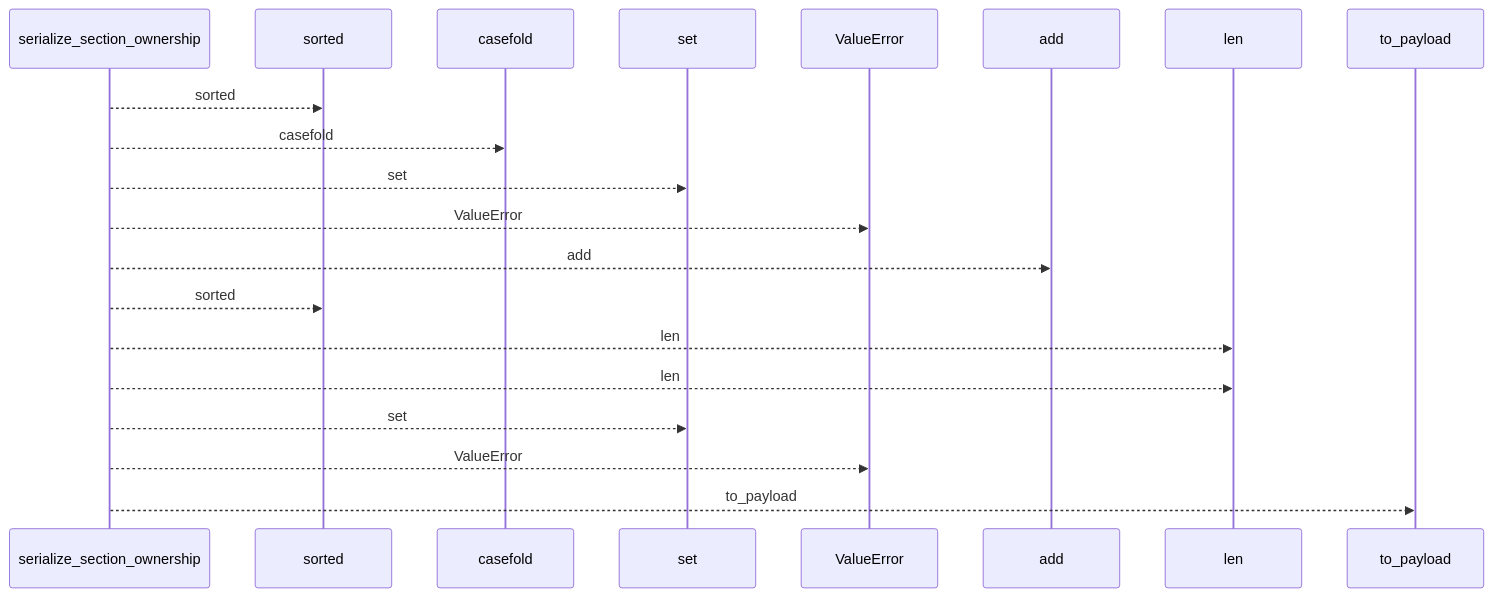
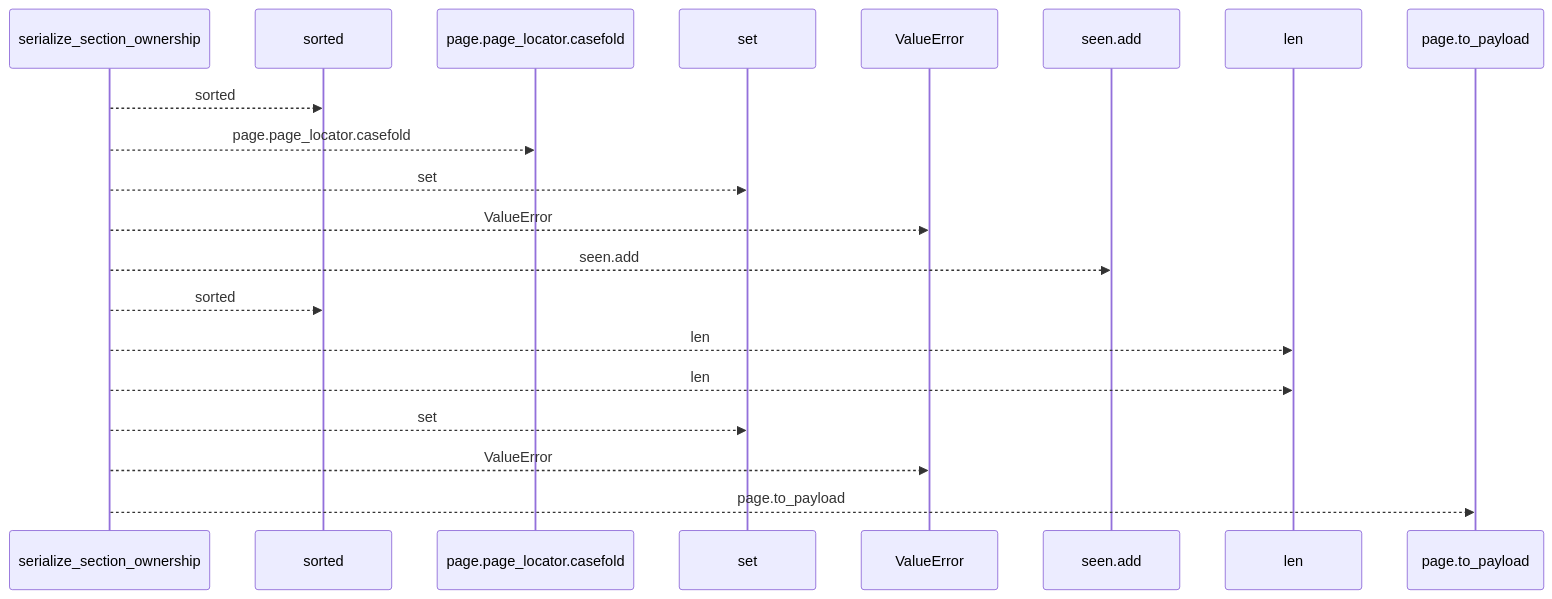
Before and after one commit to Denissvgn/python-wiki-llm: the first of 2 diagrams in docs/llm_wiki/flows/api-serialize_section_ownership.md, drawn with Mermaid. The commit also changed other lines of this file and 719 other files, not shown here.

````diff
--- a/docs/llm_wiki/flows/api-serialize_section_ownership.md
+++ b/docs/llm_wiki/flows/api-serialize_section_ownership.md
@@ -10,22 +10,22 @@
 ```mermaid
 sequenceDiagram
     participant p0 as serialize_section_ownership
     participant p1 as sorted
-    participant p2 as casefold
+    participant p2 as page.page_locator.casefold
     participant p3 as set
     participant p4 as ValueError
-    participant p5 as add
+    participant p5 as seen.add
     participant p6 as len
-    participant p7 as to_payload
+    participant p7 as page.to_payload
     p0-->>p1: sorted
-    p0-->>p2: casefold
+    p0-->>p2: page.page_locator.casefold
     p0-->>p3: set
     p0-->>p4: ValueError
-    p0-->>p5: add
+    p0-->>p5: seen.add
     p0-->>p1: sorted
     p0-->>p6: len
     p0-->>p6: len
     p0-->>p3: set
     p0-->>p4: ValueError
-    p0-->>p7: to_payload
+    p0-->>p7: page.to_payload
 ```
````
